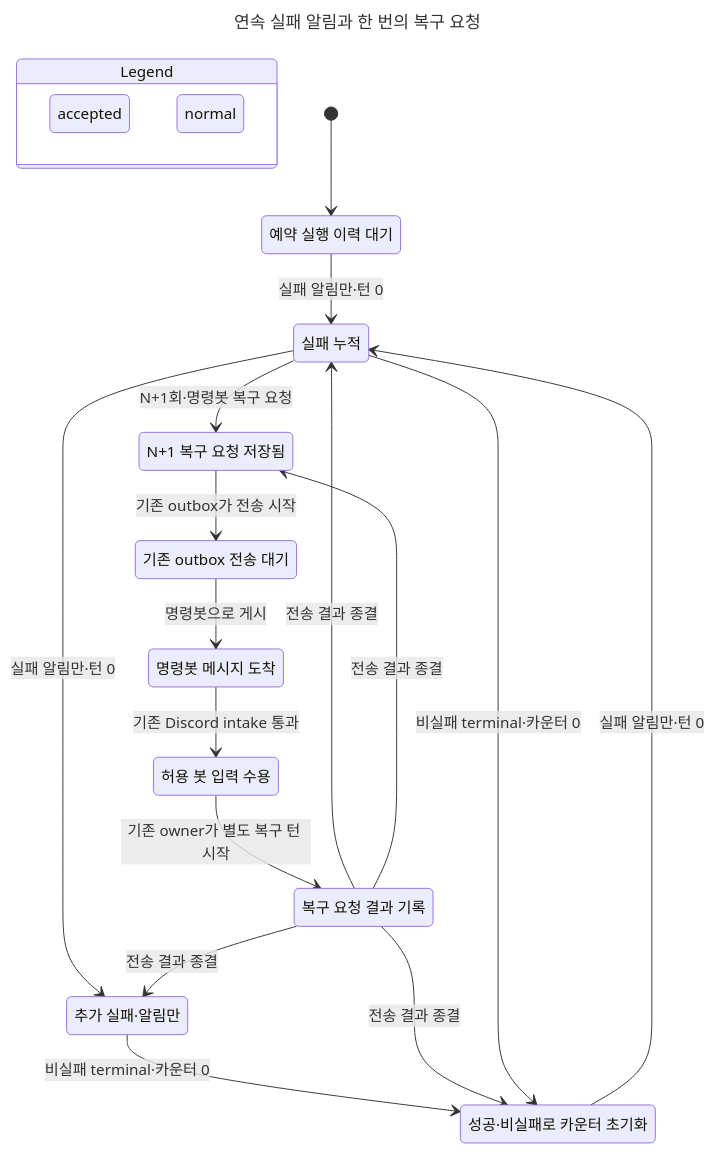
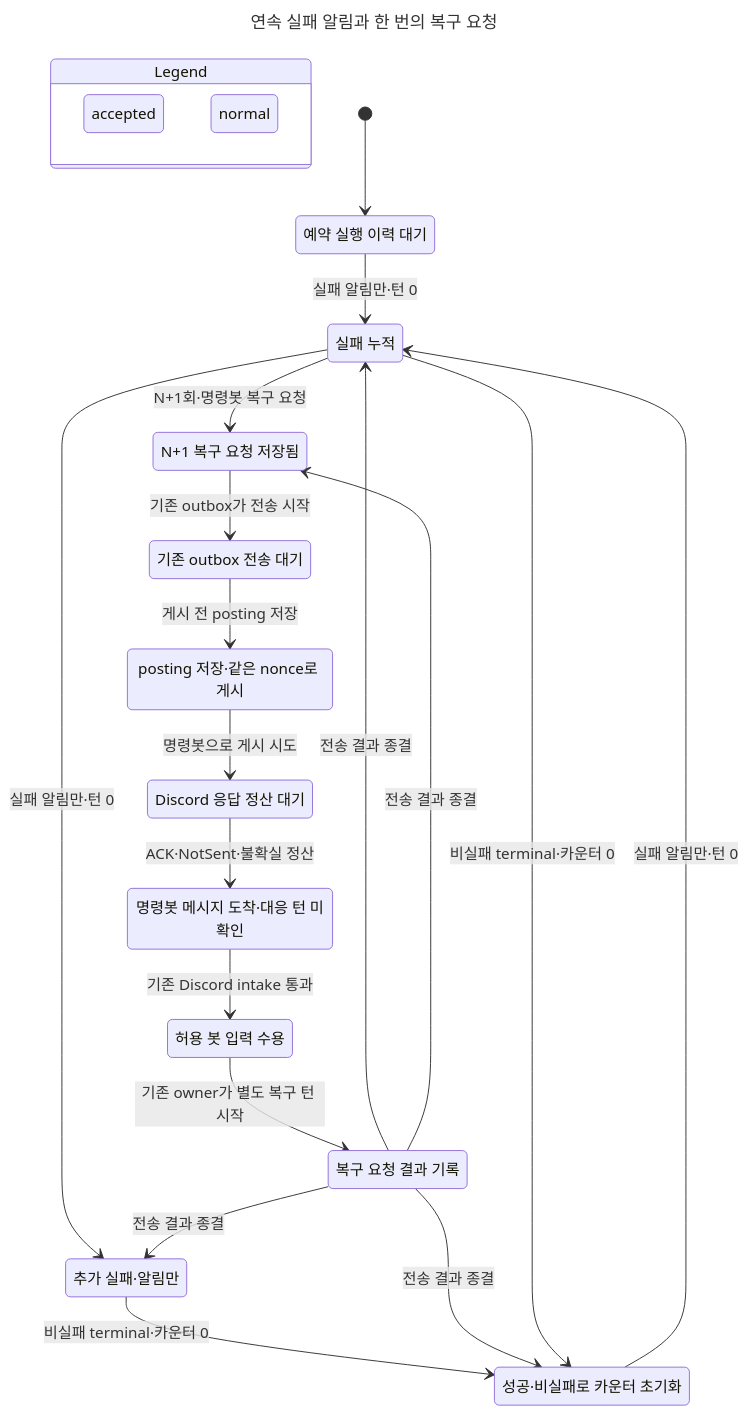
The diagram in docs/statecharts/routine-run/routine-failure-escalation.chart.mmd (itismyfield/AgentDesk), drawn with Mermaid before and after one commit. The commit also changed 49 other files, not shown here.

First line of the commit message:
feat(routines): #8117 PR2b H2 — 실패 사건 행 전송 계층(posting·ACK·unknown 보존)

```diff
--- a/docs/statecharts/routine-run/routine-failure-escalation.chart.mmd
+++ b/docs/statecharts/routine-run/routine-failure-escalation.chart.mmd
@@ -1,43 +1,49 @@
 ---
 title: "연속 실패 알림과 한 번의 복구 요청"
 ---
 stateDiagram-v2
   state "Legend" as legend {
     lg0: accepted
     lg1: normal
   }
   class lg0 teal
   class lg1 blue
   s0: 예약 실행 이력 대기
   s1: 실패 누적
   s2: N+1 복구 요청 저장됨
   s3: 기존 outbox 전송 대기
-  s4: 명령봇 메시지 도착
-  s5: 허용 봇 입력 수용
-  s6: 복구 요청 결과 기록
-  s7: 추가 실패#183;알림만
-  s8: 성공#183;비실패로 카운터 초기화
+  s4: posting 저장#183;같은 nonce로 게시
+  s5: Discord 응답 정산 대기
+  s6: 명령봇 메시지 도착#183;대응 턴 미확인
+  s7: 허용 봇 입력 수용
+  s8: 복구 요청 결과 기록
+  s9: 추가 실패#183;알림만
+  s10: 성공#183;비실패로 카운터 초기화
   [*] --> s0
   s0 --> s1: 실패 알림만#183;턴 0
   s1 --> s2: N+1회#183;명령봇 복구 요청
   s2 --> s3: 기존 outbox가 전송 시작
-  s3 --> s4: 명령봇으로 게시
-  s4 --> s5: 기존 Discord intake 통과
-  s5 --> s6: 기존 owner가 별도 복구 턴 시작
-  s6 --> s1: 전송 결과 종결
-  s1 --> s7: 실패 알림만#183;턴 0
-  s6 --> s7: 전송 결과 종결
-  s7 --> s8: 비실패 terminal#183;카운터 0
-  s6 --> s8: 전송 결과 종결
-  s8 --> s1: 실패 알림만#183;턴 0
-  s6 --> s2: 전송 결과 종결
-  s1 --> s8: 비실패 terminal#183;카운터 0
+  s3 --> s4: 게시 전 posting 저장
+  s4 --> s5: 명령봇으로 게시 시도
+  s5 --> s6: ACK#183;NotSent#183;불확실 정산
+  s6 --> s7: 기존 Discord intake 통과
+  s7 --> s8: 기존 owner가 별도 복구 턴 시작
+  s8 --> s1: 전송 결과 종결
+  s1 --> s9: 실패 알림만#183;턴 0
+  s8 --> s9: 전송 결과 종결
+  s9 --> s10: 비실패 terminal#183;카운터 0
+  s8 --> s10: 전송 결과 종결
+  s10 --> s1: 실패 알림만#183;턴 0
+  s8 --> s2: 전송 결과 종결
+  s1 --> s10: 비실패 terminal#183;카운터 0
   class s0 blue
   class s1 blue
   class s2 blue
   class s3 blue
   class s4 blue
-  class s5 teal
+  class s5 blue
   class s6 blue
-  class s7 blue
+  class s7 teal
   class s8 blue
+  class s9 blue
+  class s10 blue
```
